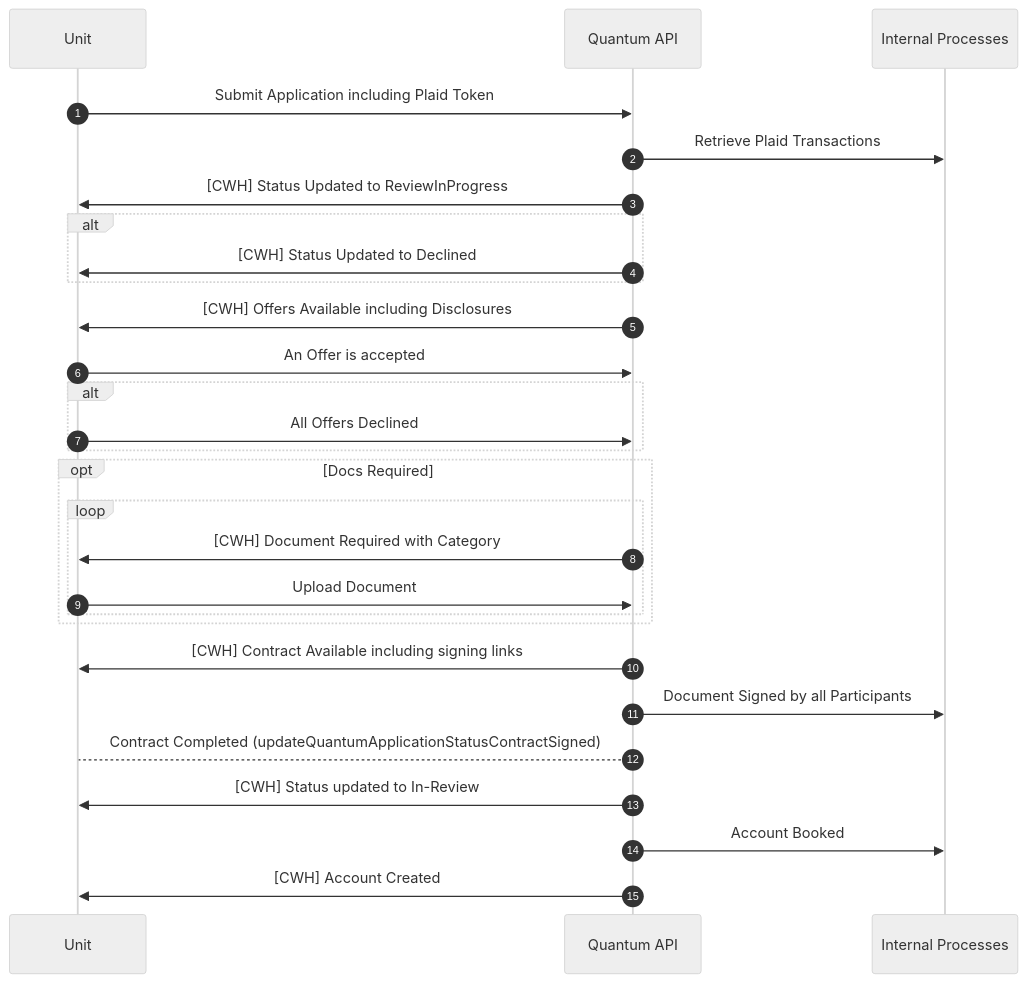
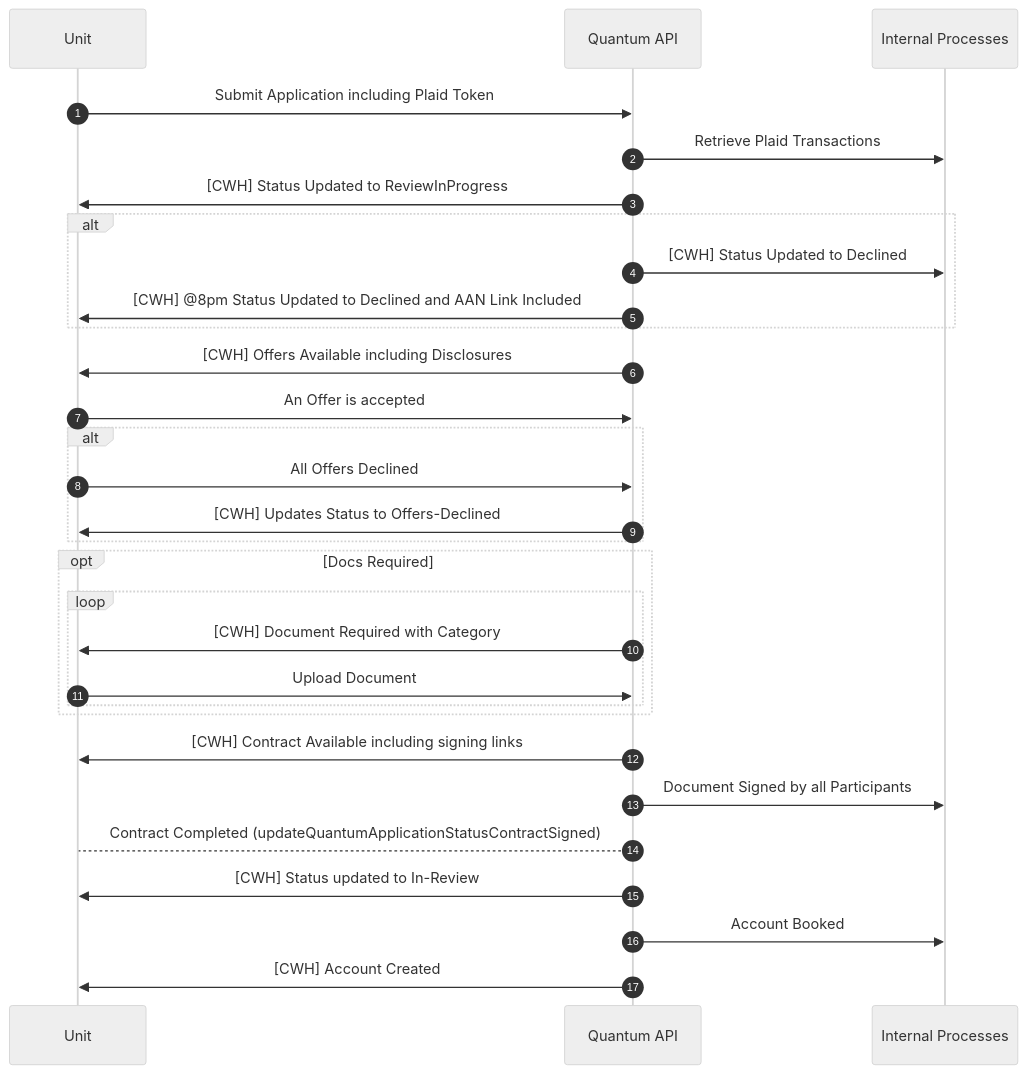
The diagram in Unit_Orginations.md (quantum-jsp/sequence-diagrams-public), drawn with Mermaid (neutral theme) before and after one commit.

Commit message:
Update status messages in Unit_Orginations.md

````diff
--- a/Unit_Orginations.md
+++ b/Unit_Orginations.md
@@ -1,33 +1,35 @@
 ```mermaid
 sequenceDiagram
     participant Unit
     participant Quantum API
     participant Internal Processes
     
     autonumber
 
     Unit ->> Quantum API: Submit Application including Plaid Token
     Quantum API ->> Internal Processes: Retrieve Plaid Transactions
     Quantum API ->> Unit: [CWH] Status Updated to ReviewInProgress
     alt 
-        Quantum API ->> Unit: [CWH] Status Updated to Declined
+        Quantum API ->> Internal Processes: [CWH] Status Updated to Declined
+        Quantum API ->> Unit: [CWH] @8pm Status Updated to Declined and AAN Link Included
     end 
     Quantum API ->> Unit: [CWH] Offers Available including Disclosures
     Unit ->> Quantum API: An Offer is accepted
     alt
         Unit ->> Quantum API: All Offers Declined
+        Quantum API ->> Unit: [CWH] Updates Status to Offers-Declined
     end
     opt Docs Required
         loop
             Quantum API ->> Unit: [CWH] Document Required with Category
             Unit ->> Quantum API: Upload Document
         end
     end
     Quantum API ->> Unit: [CWH] Contract Available including signing links
     Quantum API ->> Internal Processes: Document Signed by all Participants
     Quantum API --> Unit: Contract Completed (updateQuantumApplicationStatusContractSigned)
     Quantum API ->> Unit: [CWH] Status updated to In-Review
     Quantum API ->> Internal Processes: Account Booked
     Quantum API ->> Unit: [CWH] Account Created
     
 ```
````
